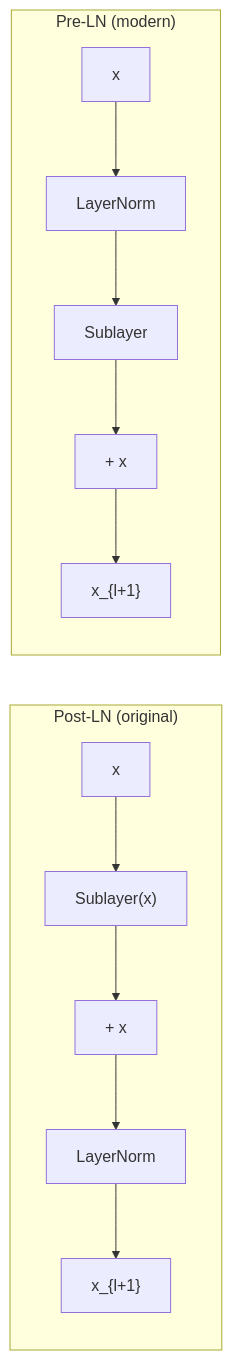
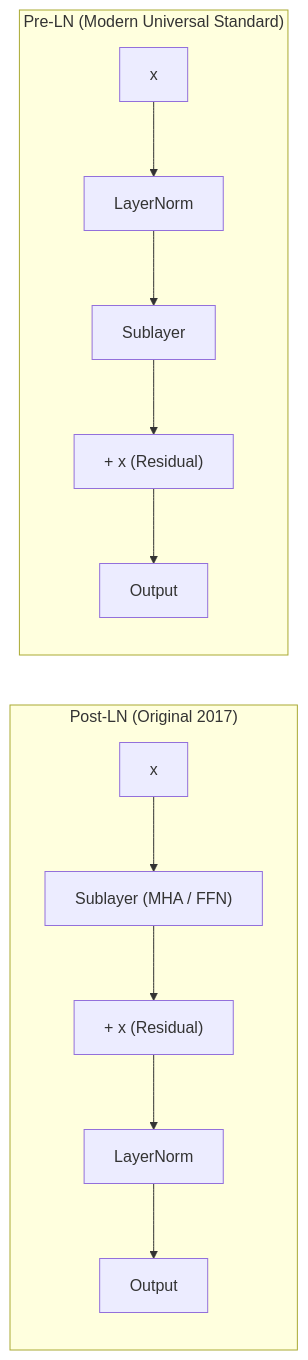
One commit to 1345AbhishekKumar/cs-cookbook changed the fourth of 8 diagrams in content/docs/ai-agents/agentic-ai/02-transformer-models-and-tricks.mdx. Above: the diagram before and after it, drawn with Mermaid. The commit also changed other lines of this file and 299 other files, not shown here.

````diff
--- a/content/docs/ai-agents/agentic-ai/02-transformer-models-and-tricks.mdx
+++ b/content/docs/ai-agents/agentic-ai/02-transformer-models-and-tricks.mdx
@@ -86,9 +165,12 @@
 ```mermaid
 flowchart LR
-    subgraph Post["Post-LN (original)"]
-        P1["x"] --> P2["Sublayer(x)"] --> P3["+ x"] --> P4["LayerNorm"] --> P5["x_{l+1}"]
+    subgraph Post["Post-LN (Original 2017)"]
+        direction TB
+        P1["x"] --> P2["Sublayer (MHA / FFN)"] --> P3["+ x (Residual)"] --> P4["LayerNorm"] --> P5["Output"]
     end
-    subgraph Pre["Pre-LN (modern)"]
-        Q1["x"] --> Q2["LayerNorm"] --> Q3["Sublayer"] --> Q4["+ x"] --> Q5["x_{l+1}"]
+
+    subgraph Pre["Pre-LN (Modern Universal Standard)"]
+        direction TB
+        Q1["x"] --> Q2["LayerNorm"] --> Q3["Sublayer"] --> Q4["+ x (Residual)"] --> Q5["Output"]
     end
 ```
````
